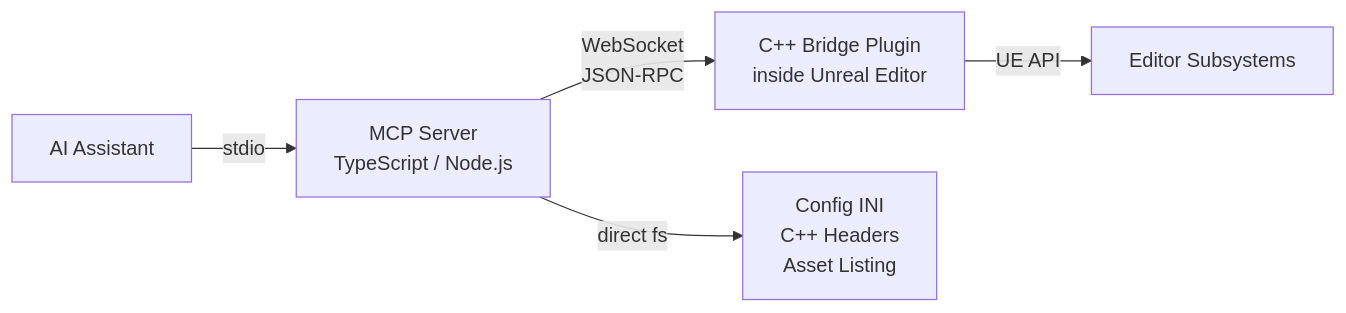
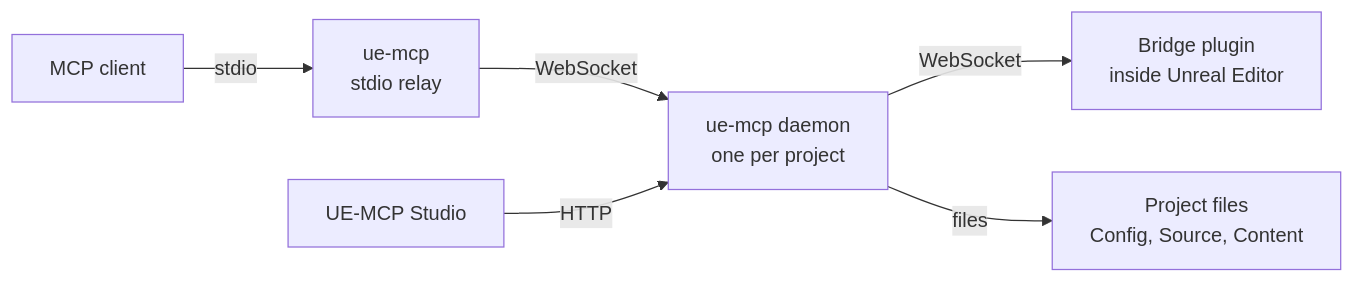
Before and after one commit to Ashish-Sakthi/ue-mcp: the diagram in docs/index.md, drawn with Mermaid. The commit also changed other lines of this file and 36 other files, not shown here.

````diff
--- a/docs/index.md
+++ b/docs/index.md
@@ -7,7 +7,8 @@
 ```mermaid
 flowchart LR
-    AI[AI Assistant] -->|stdio| MCP[MCP Server<br/>TypeScript / Node.js]
-    MCP -->|WebSocket<br/>JSON-RPC| Plugin[C++ Bridge Plugin<br/>inside Unreal Editor]
-    Plugin -->|UE API| Editor[Editor Subsystems]
-    MCP -->|direct fs| FS[Config INI<br/>C++ Headers<br/>Asset Listing]
+    Client[MCP client] -->|stdio| Shim[ue-mcp<br/>stdio relay]
+    Shim -->|WebSocket| Daemon[ue-mcp daemon<br/>one per project]
+    Studio[UE-MCP Studio] -->|HTTP| Daemon
+    Daemon -->|WebSocket| Bridge[Bridge plugin<br/>inside Unreal Editor]
+    Daemon -->|files| FS[Project files<br/>Config, Source, Content]
 ```
````
